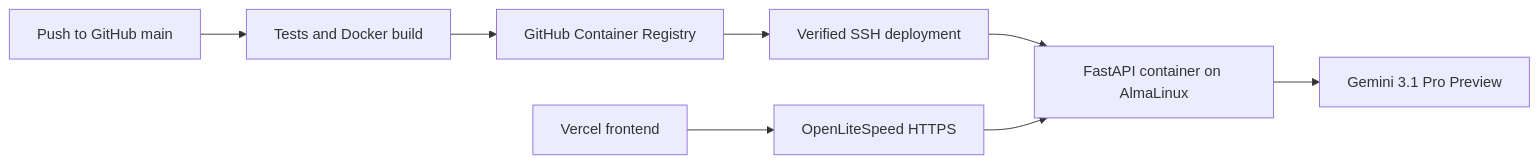
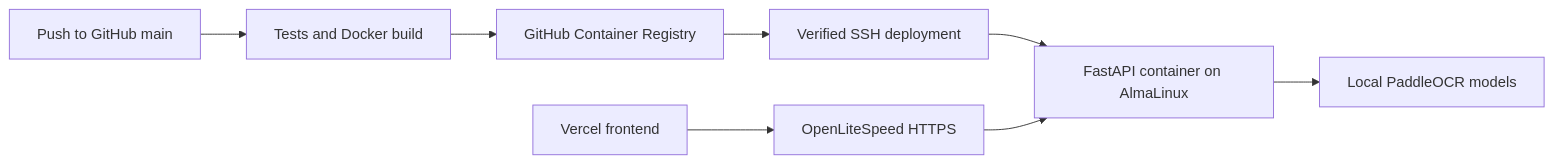
One commit to Rvjais/OCR-SHEET changed the diagram in DEPLOYMENT.md. Above: the diagram before and after it, drawn with Mermaid. The commit also changed other lines of this file and 26 other files, not shown here.

````diff
--- a/DEPLOYMENT.md
+++ b/DEPLOYMENT.md
@@ -18,10 +18,10 @@
 ```mermaid
 flowchart LR
     GitHub[Push to GitHub main] --> Tests[Tests and Docker build]
     Tests --> GHCR[GitHub Container Registry]
     GHCR --> Deploy[Verified SSH deployment]
     Deploy --> API[FastAPI container on AlmaLinux]
     Vercel[Vercel frontend] --> Proxy[OpenLiteSpeed HTTPS]
     Proxy --> API
-    API --> Gemini[Gemini 3.1 Pro Preview]
+    API --> OCR[Local PaddleOCR models]
 ```
````
